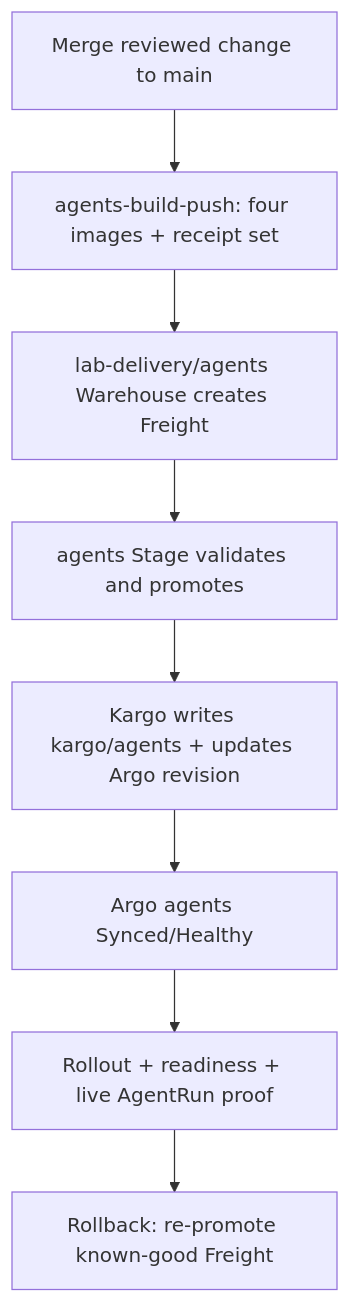
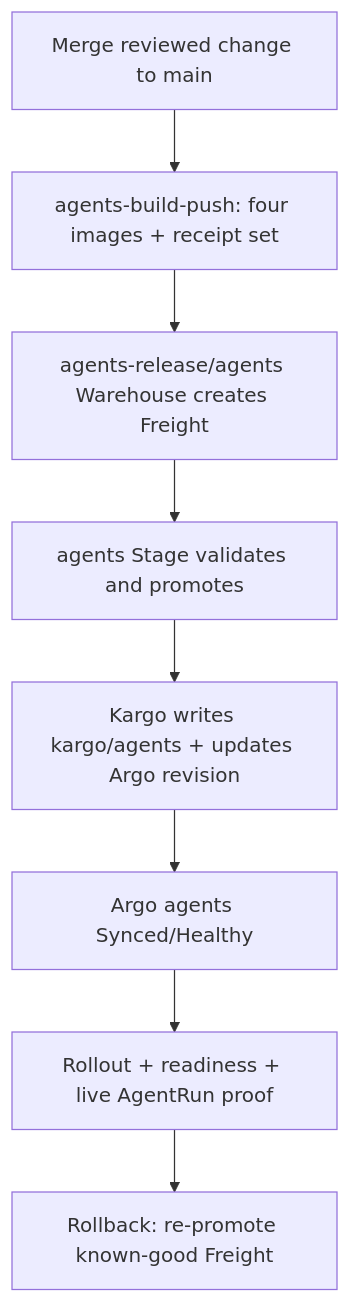
The diagram in docs/agents/runbooks.md (proompteng/lab), drawn with Mermaid before and after one commit. The commit also changed other lines of this file and 2201 other files, not shown here.

````diff
--- a/docs/agents/runbooks.md
+++ b/docs/agents/runbooks.md
@@ -565,10 +565,10 @@
 ```mermaid
 flowchart TD
   Source["Merge reviewed change to main"] --> Build["agents-build-push: four images + receipt set"]
-  Build --> Warehouse["lab-delivery/agents Warehouse creates Freight"]
+  Build --> Warehouse["agents-release/agents Warehouse creates Freight"]
   Warehouse --> Stage["agents Stage validates and promotes"]
   Stage --> Branch["Kargo writes kargo/agents + updates Argo revision"]
   Branch --> Argo["Argo agents Synced/Healthy"]
   Argo --> Live["Rollout + readiness + live AgentRun proof"]
   Live --> Rollback["Rollback: re-promote known-good Freight"]
 ```
````
